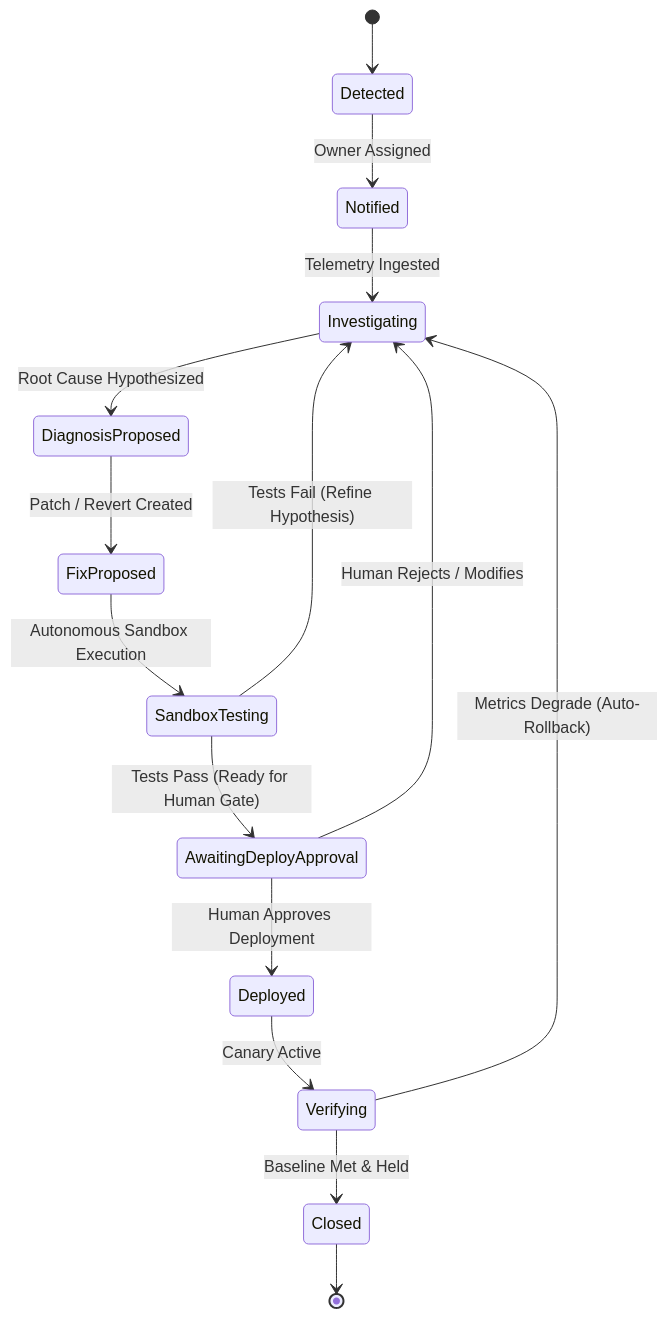
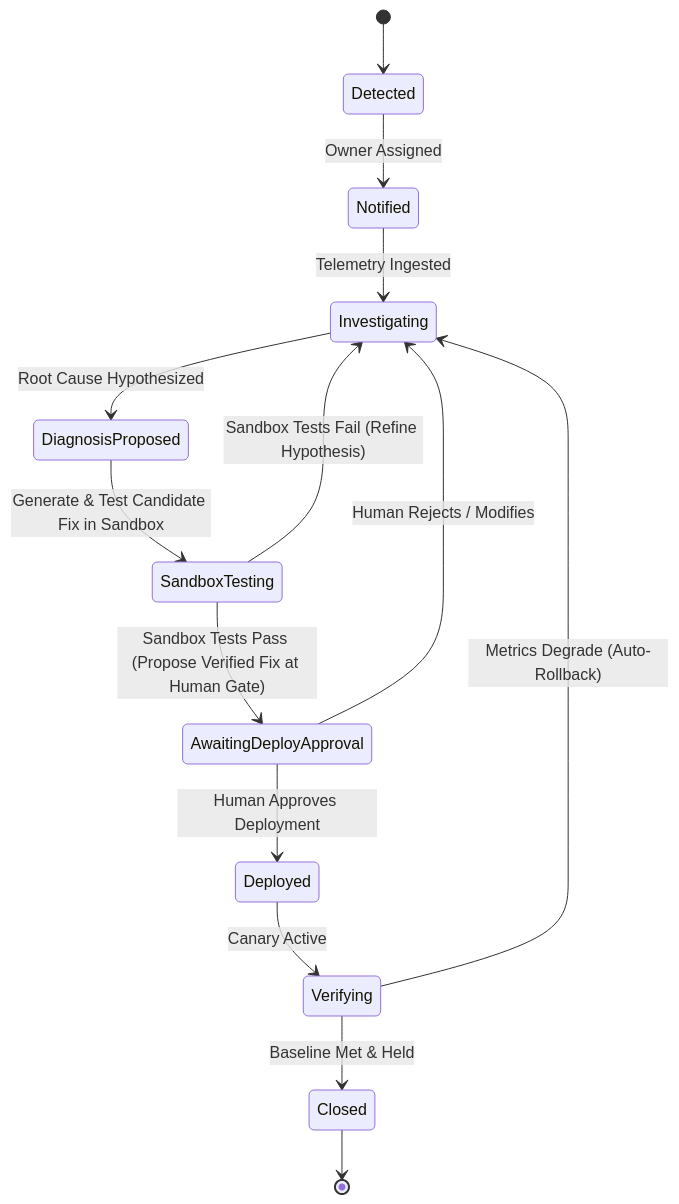
One commit to DiwasDev/AI-SRE changed the fifth of 6 diagrams in artifacts/sre_fundamentals.md. Above: the diagram before and after it, drawn with Mermaid. The commit also changed other lines of this file and 4 other files, not shown here.

````diff
--- a/artifacts/sre_fundamentals.md
+++ b/artifacts/sre_fundamentals.md
@@ -234,17 +234,16 @@
 ```mermaid
 stateDiagram-v2
     [*] --> Detected
     Detected --> Notified: Owner Assigned
     Notified --> Investigating: Telemetry Ingested
     Investigating --> DiagnosisProposed: Root Cause Hypothesized
-    DiagnosisProposed --> FixProposed: Patch / Revert Created
-    FixProposed --> SandboxTesting: Autonomous Sandbox Execution
-    SandboxTesting --> AwaitingDeployApproval: Tests Pass (Ready for Human Gate)
-    SandboxTesting --> Investigating: Tests Fail (Refine Hypothesis)
+    DiagnosisProposed --> SandboxTesting: Generate & Test Candidate Fix in Sandbox
+    SandboxTesting --> AwaitingDeployApproval: Sandbox Tests Pass (Propose Verified Fix at Human Gate)
+    SandboxTesting --> Investigating: Sandbox Tests Fail (Refine Hypothesis)
     AwaitingDeployApproval --> Deployed: Human Approves Deployment
     AwaitingDeployApproval --> Investigating: Human Rejects / Modifies
     Deployed --> Verifying: Canary Active
     Verifying --> Closed: Baseline Met & Held
     Verifying --> Investigating: Metrics Degrade (Auto-Rollback)
     Closed --> [*]
 ```
````
